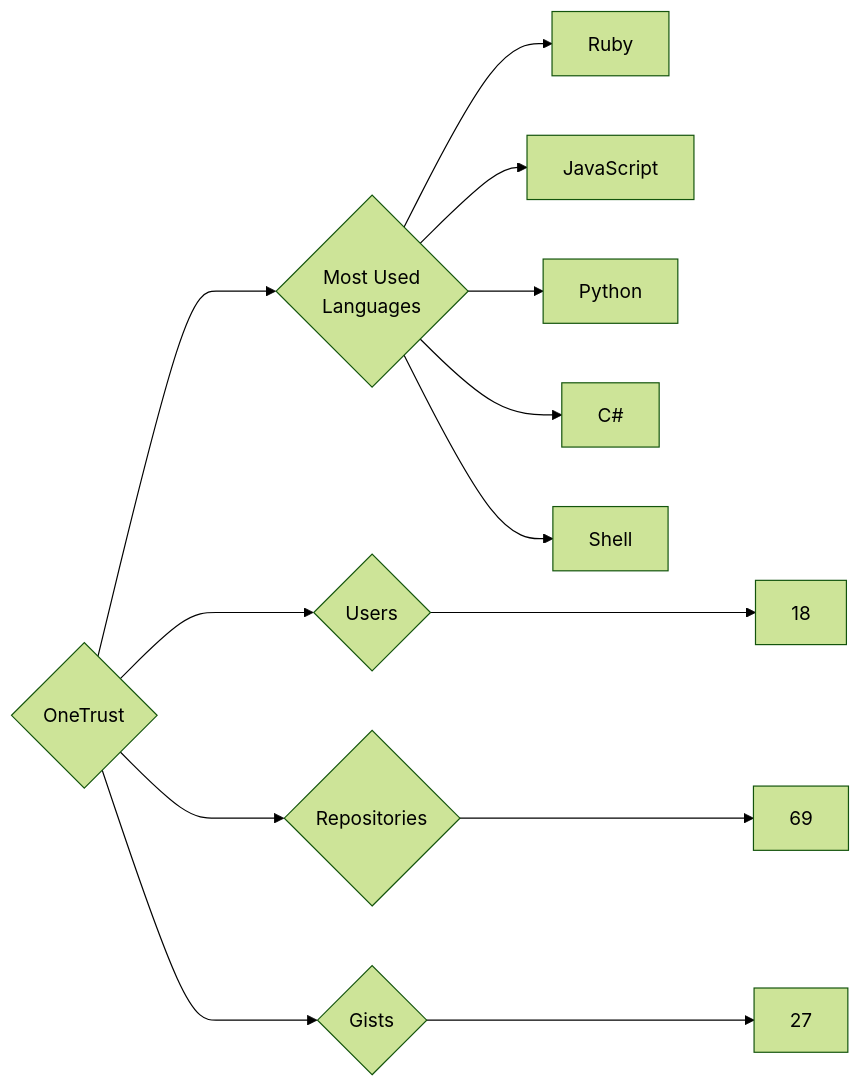
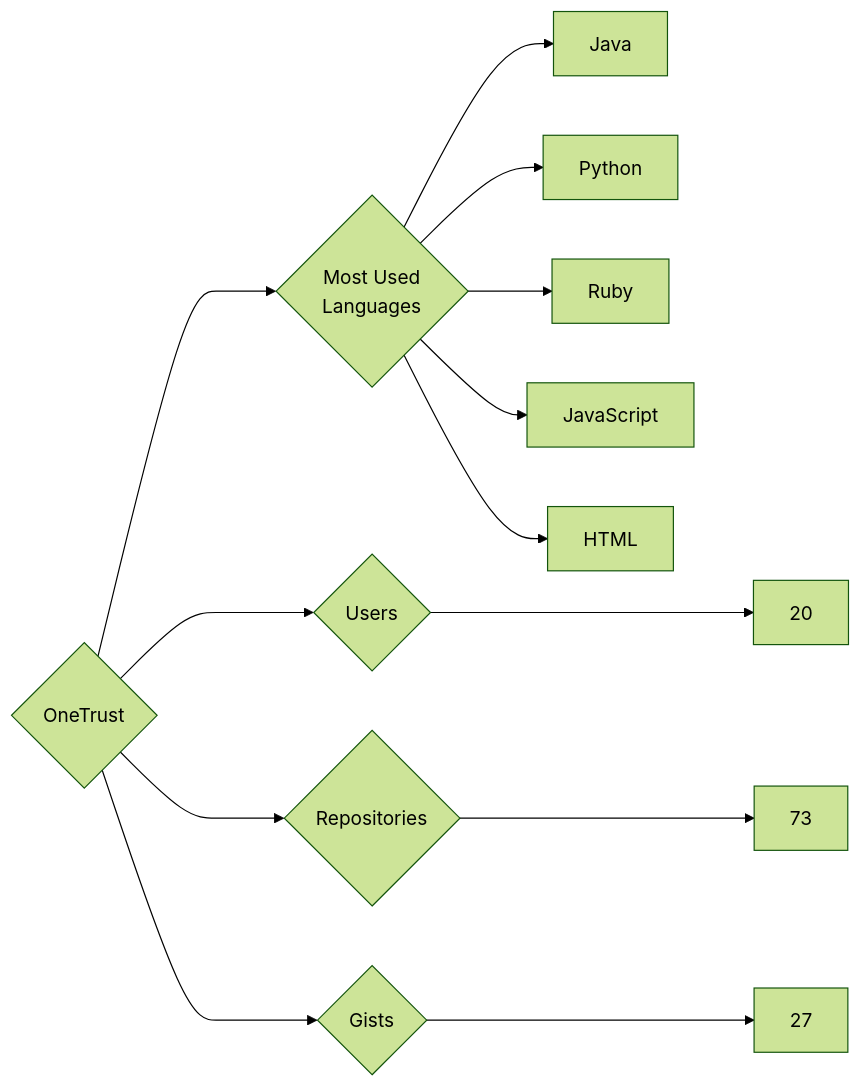
Before and after one commit to trickest/insiders: the diagram in targets/OneTrust/README.md, drawn with Mermaid (forest theme). The commit also changed 728 other files, not shown here.

````diff
--- a/targets/OneTrust/README.md
+++ b/targets/OneTrust/README.md
@@ -3,13 +3,13 @@
 ```mermaid
 graph LR
 COMPANY_NAME{OneTrust}
-COMPANY_NAME ---> U{Users} ---> UN[18]
-COMPANY_NAME ---> R{Repositories} ---> RN[69]
+COMPANY_NAME ---> U{Users} ---> UN[20]
+COMPANY_NAME ---> R{Repositories} ---> RN[73]
 COMPANY_NAME ---> G{Gists} ---> GN[27]
 COMPANY_NAME ---> ML{Most Used<br>Languages}
+ML --> Java[Java]
+ML --> Python[Python]
 ML --> Ruby[Ruby]
 ML --> JavaScript[JavaScript]
-ML --> Python[Python]
-ML --> C#[C#]
-ML --> Shell[Shell]
+ML --> HTML[HTML]
 ```
````
